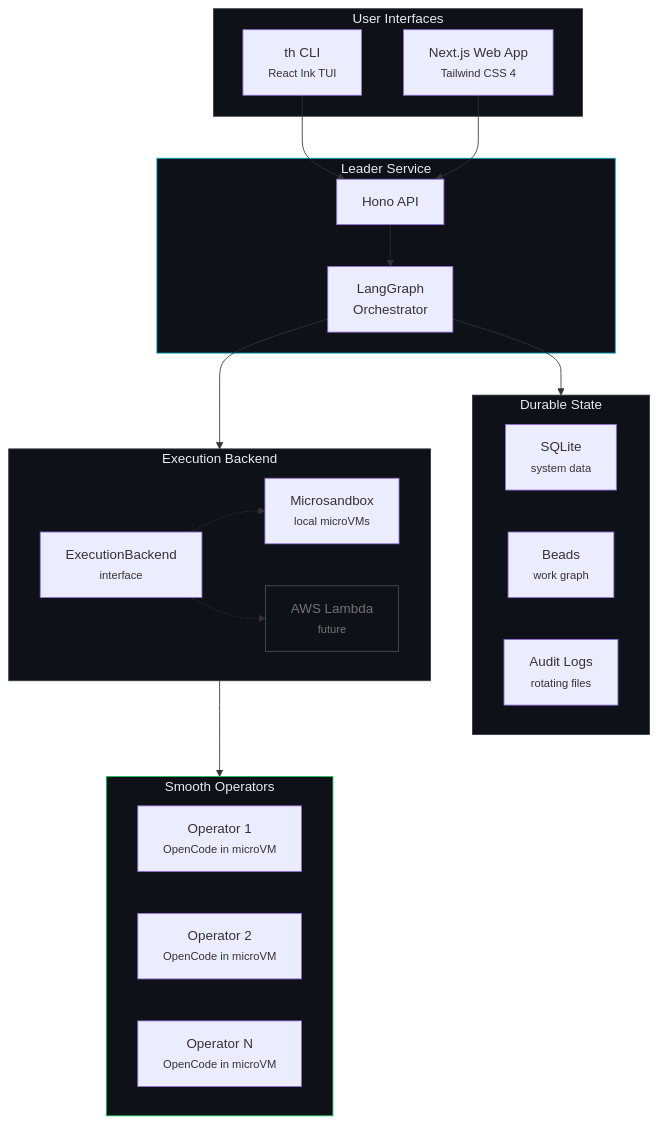
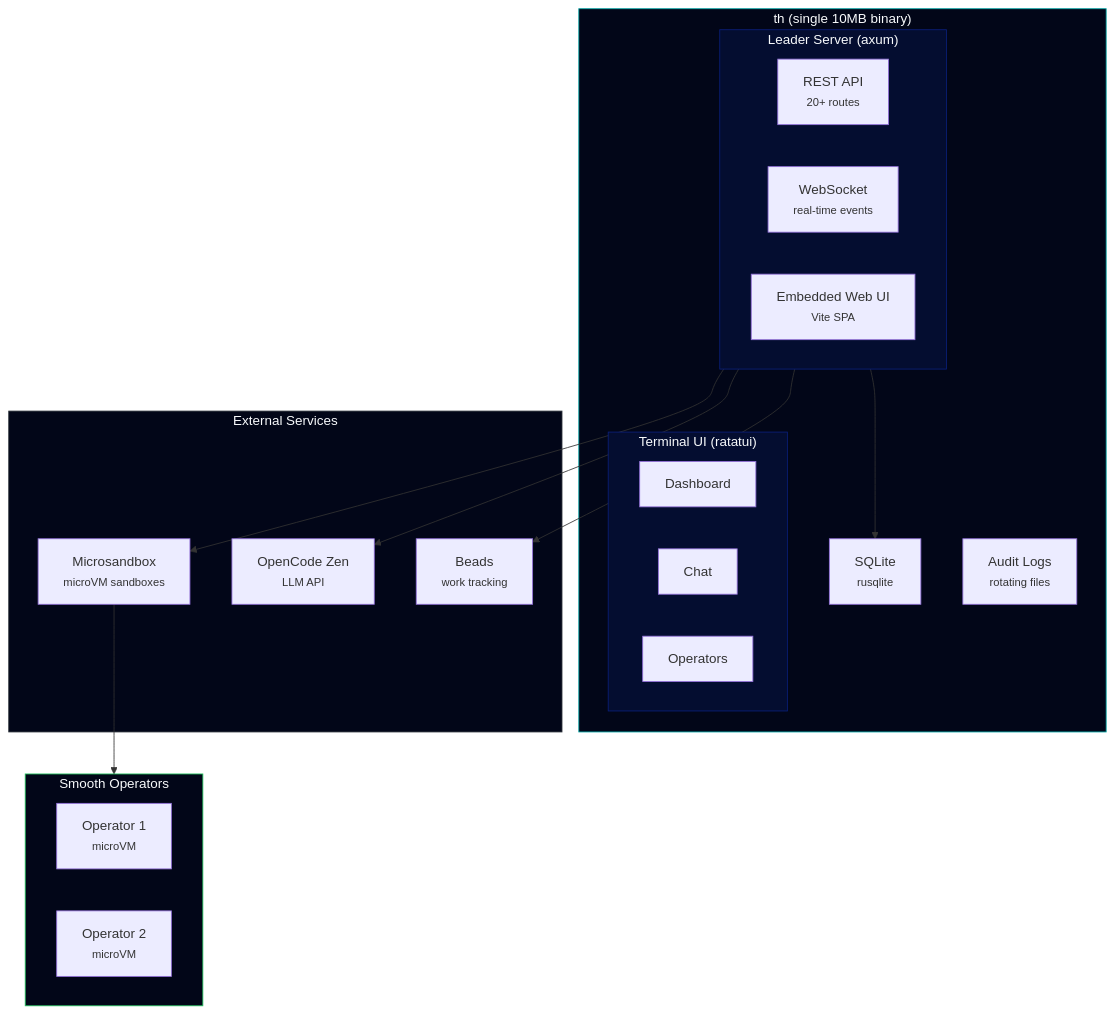
One commit to SmooAI/smooth changed the first of 2 diagrams in README.md. Above: the diagram before and after it, drawn with Mermaid. The commit also changed other lines of this file and 1 other file, not shown here.

````diff
--- a/README.md
+++ b/README.md
@@ -142,47 +71,42 @@
 ```mermaid
 graph TB
-    subgraph UI["User Interfaces"]
-        CLI["th CLI<br/><small>React Ink TUI</small>"]
-        Web["Next.js Web App<br/><small>Tailwind CSS 4</small>"]
-    end
+    subgraph Binary["th (single 10MB binary)"]
+        subgraph Leader["Leader Server (axum)"]
+            API["REST API<br/><small>20+ routes</small>"]
+            WS["WebSocket<br/><small>real-time events</small>"]
+            Web["Embedded Web UI<br/><small>Vite SPA</small>"]
+        end
 
-    subgraph Leader["Leader Service"]
-        Hono["Hono API"]
-        LG["LangGraph<br/>Orchestrator"]
-        Hono --> LG
-    end
+        subgraph TUI["Terminal UI (ratatui)"]
+            Dash["Dashboard"]
+            Chat["Chat"]
+            Ops["Operators"]
+        end
 
-    subgraph State["Durable State"]
-        SQLite["SQLite<br/><small>system data</small>"]
-        Beads["Beads<br/><small>work graph</small>"]
+        DB["SQLite<br/><small>rusqlite</small>"]
         Audit["Audit Logs<br/><small>rotating files</small>"]
     end
 
-    subgraph Backend["Execution Backend"]
-        direction LR
-        EB["ExecutionBackend<br/><small>interface</small>"]
-        MSB["Microsandbox<br/><small>local microVMs</small>"]
-        Lambda["AWS Lambda<br/><small>future</small>"]
-        EB -.-> MSB
-        EB -.-> Lambda
+    subgraph External["External Services"]
+        MSB["Microsandbox<br/><small>microVM sandboxes</small>"]
+        OC["OpenCode Zen<br/><small>LLM API</small>"]
+        Beads["Beads<br/><small>work tracking</small>"]
     end
 
     subgraph Operators["Smooth Operators"]
-        OP1["Operator 1<br/><small>OpenCode in microVM</small>"]
-        OP2["Operator 2<br/><small>OpenCode in microVM</small>"]
-        OP3["Operator N<br/><small>OpenCode in microVM</small>"]
+        OP1["Operator 1<br/><small>microVM</small>"]
+        OP2["Operator 2<br/><small>microVM</small>"]
     end
 
-    CLI --> Hono
-    Web --> Hono
-    LG --> State
-    LG --> EB
+    Leader --> DB
+    Leader --> MSB
+    Leader --> OC
+    Leader --> Beads
     MSB --> Operators
 
-    style UI fill:#0e1117,stroke:#30363d,color:#e6edf3
-    style Leader fill:#0e1117,stroke:#06b6d4,color:#e6edf3
-    style State fill:#0e1117,stroke:#30363d,color:#e6edf3
-    style Backend fill:#0e1117,stroke:#30363d,color:#e6edf3
-    style Operators fill:#0e1117,stroke:#22c55e,color:#e6edf3
-    style Lambda fill:#0e1117,stroke:#525252,color:#737373
+    style Binary fill:#020618,stroke:#00a6a6,color:#f8fafc
+    style Leader fill:#040d30,stroke:#0a1f7a,color:#f8fafc
+    style TUI fill:#040d30,stroke:#0a1f7a,color:#f8fafc
+    style External fill:#020618,stroke:#30363d,color:#f8fafc
+    style Operators fill:#020618,stroke:#22c55e,color:#f8fafc
 ```
````
